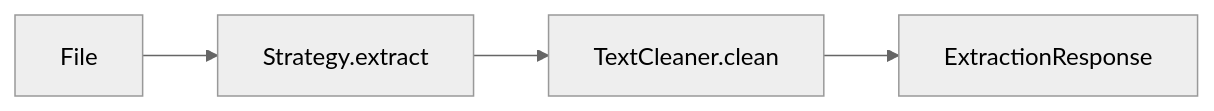
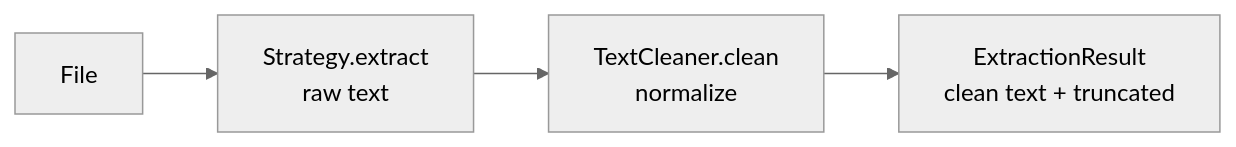
Before and after one commit to kunalPisolkar24/detectAI: the second of 2 diagrams in services/document-parser/docs/concepts/text-cleaning.md, drawn with Mermaid (neutral theme). The commit also changed other lines of this file and 9 other files, not shown here.

````diff
--- a/services/document-parser/docs/concepts/text-cleaning.md
+++ b/services/document-parser/docs/concepts/text-cleaning.md
@@ -110,6 +170,6 @@
 ```mermaid
 graph LR
-    A[File] --> B[Strategy.extract]
-    B --> C[TextCleaner.clean]
-    C --> D[ExtractionResponse]
+    A[File] --> B[Strategy.extract<br/>raw text]
+    B --> C[TextCleaner.clean<br/>normalize]
+    C --> D[ExtractionResult<br/>clean text + truncated]
 ```
````
